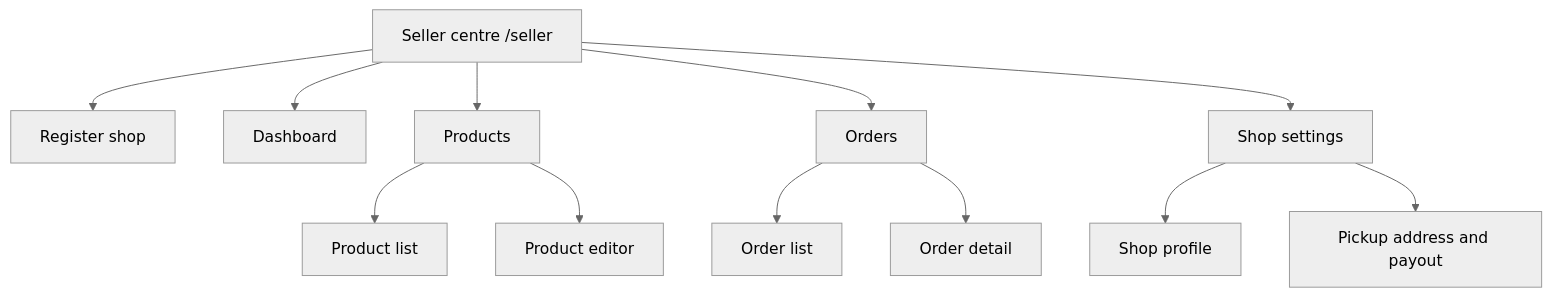
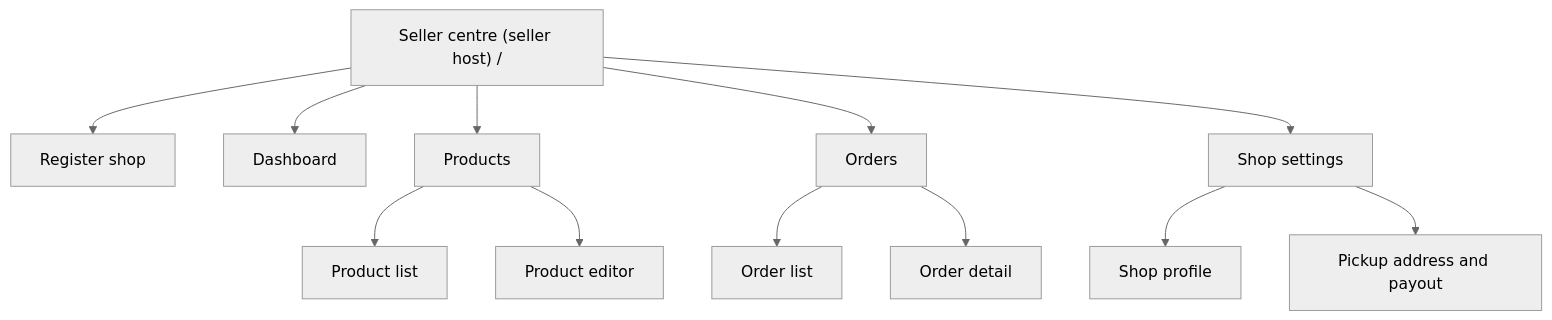
Before and after one commit to thangnv-0703/hivespace: the fifth of 8 diagrams in docs/ux-foundations.md, drawn with Mermaid (neutral theme). The commit also changed other lines of this file and 43 other files, not shown here.

First line of the commit message:
feat(gateway): seller centre on its own host with its own oidc client [FR-AUTH-013, FR-AUTH-015, FR-AUTH-016] (#3)

````diff
--- a/docs/ux-foundations.md
+++ b/docs/ux-foundations.md
@@ -241,16 +241,16 @@
 ```mermaid
 graph TD
-    root["Seller centre /seller"]
+    root["Seller centre (seller host) /"]
     root --> onboard["Register shop"]
     root --> dash["Dashboard"]
     root --> products["Products"]
     root --> orders["Orders"]
     root --> settings["Shop settings"]
 
     products --> plist["Product list"]
     products --> pedit["Product editor"]
     orders --> olist["Order list"]
     orders --> odet["Order detail"]
     settings --> sprof["Shop profile"]
     settings --> sops["Pickup address and payout"]
 ```
````
